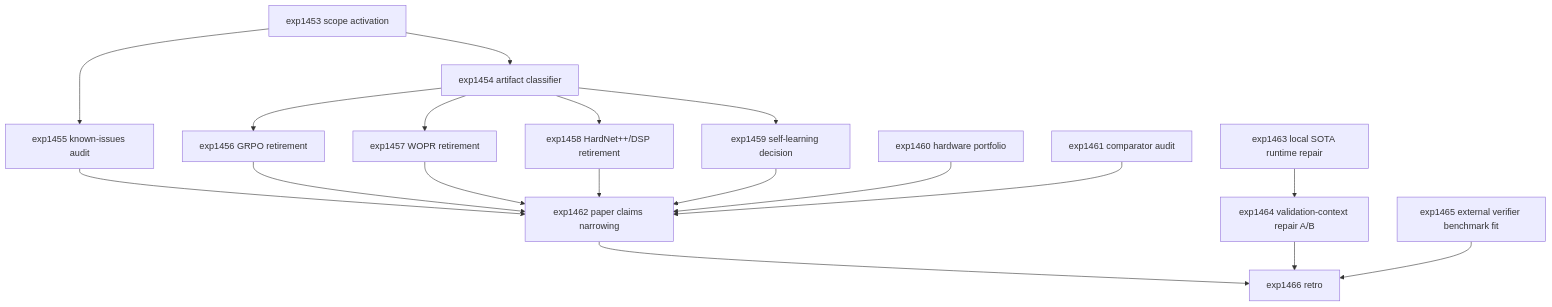
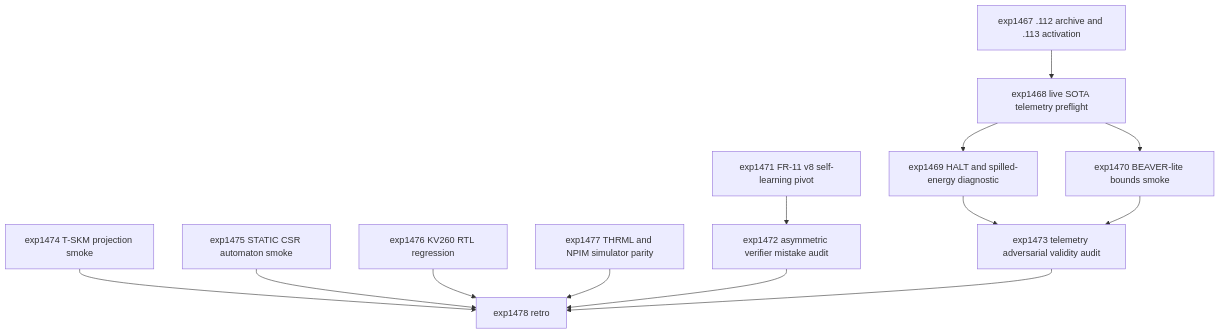
Before and after one commit to Carnot-EBM/carnot-ebm: the diagram in openspec/change-proposals/research-roadmap-vNEXT.md, drawn with Mermaid. The commit also changed other lines of this file and 2 other files, not shown here.

````diff
--- a/openspec/change-proposals/research-roadmap-vNEXT.md
+++ b/openspec/change-proposals/research-roadmap-vNEXT.md
@@ -158,35 +132,28 @@
 ```mermaid
 graph TD
-  A[exp1453 scope activation]
-  B[exp1454 artifact classifier]
-  C[exp1455 known-issues audit]
-  D[exp1456 GRPO retirement]
-  E[exp1457 WOPR retirement]
-  F[exp1458 HardNet++/DSP retirement]
-  G[exp1459 self-learning decision]
-  H[exp1460 hardware portfolio]
-  I[exp1461 comparator audit]
-  J[exp1462 paper claims narrowing]
-  K[exp1463 local SOTA runtime repair]
-  L[exp1464 validation-context repair A/B]
-  M[exp1465 external verifier benchmark fit]
-  N[exp1466 retro]
+  A[exp1467 .112 archive and .113 activation]
+  B[exp1468 live SOTA telemetry preflight]
+  C[exp1469 HALT and spilled-energy diagnostic]
+  D[exp1470 BEAVER-lite bounds smoke]
+  E[exp1471 FR-11 v8 self-learning pivot]
+  F[exp1472 asymmetric verifier mistake audit]
+  G[exp1473 telemetry adversarial validity audit]
+  H[exp1474 T-SKM projection smoke]
+  I[exp1475 STATIC CSR automaton smoke]
+  J[exp1476 KV260 RTL regression]
+  K[exp1477 THRML and NPIM simulator parity]
+  L[exp1478 retro]
 
   A --> B
-  A --> C
+  B --> C
   B --> D
-  B --> E
-  B --> F
-  B --> G
-  C --> J
-  D --> J
-  E --> J
-  F --> J
-  G --> J
-  H --> J
-  I --> J
+  E --> F
+  C --> G
+  D --> G
+  H --> L
+  I --> L
+  J --> L
   K --> L
-  J --> N
-  L --> N
-  M --> N
+  F --> L
+  G --> L
 ```
````
